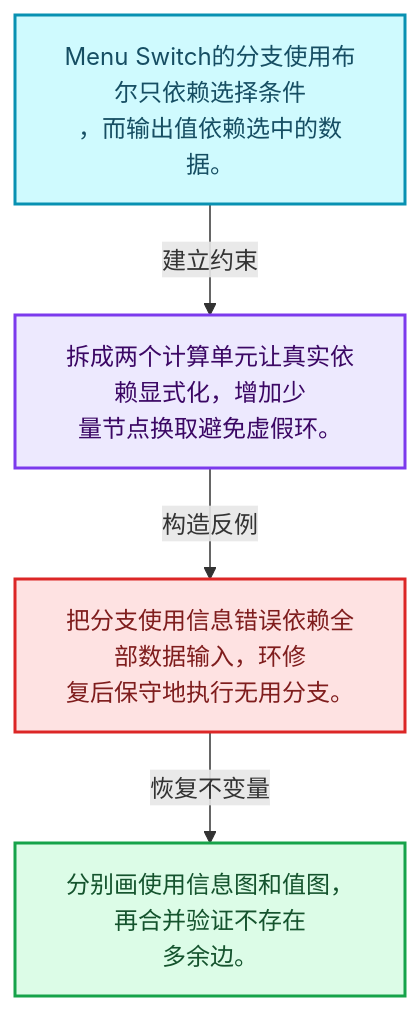
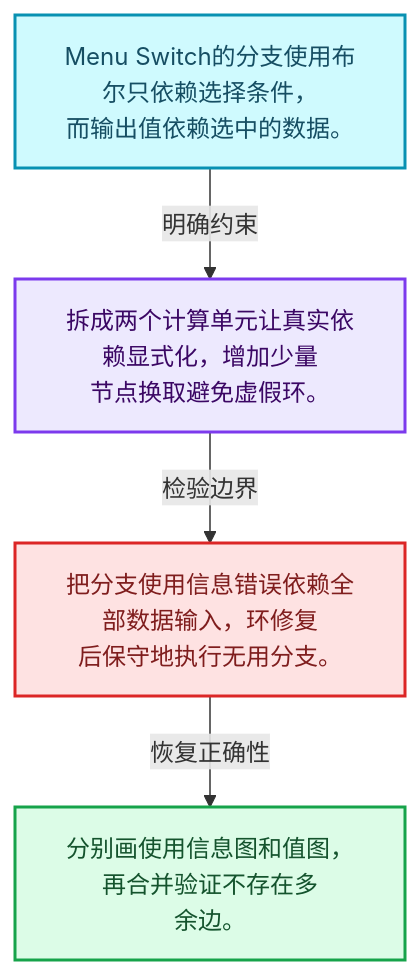
One commit to yunkezengren/blender-.vscode changed the first of 4 diagrams in 杂/markdown/全面学习-codex/09-LazyFunction与节点执行架构/11-Switch与MenuSwitch.md. Above: the diagram before and after it, drawn with Mermaid. The commit also changed other lines of this file and 1930 other files, not shown here.

````diff
--- a/杂/markdown/全面学习-codex/09-LazyFunction与节点执行架构/11-Switch与MenuSwitch.md
+++ b/杂/markdown/全面学习-codex/09-LazyFunction与节点执行架构/11-Switch与MenuSwitch.md
@@ -29,16 +29,16 @@
 ```mermaid
 flowchart TB
-  M["Menu Switch的分支使用布尔只依赖选择条件<br/>，而输出值依赖选中的数据。"]:::data
-  T["拆成两个计算单元让真实依赖显式化，增加少<br/>量节点换取避免虚假环。"]:::abstraction
-  X["把分支使用信息错误依赖全部数据输入，环修<br/>复后保守地执行无用分支。"]:::error
-  A["分别画使用信息图和值图，再合并验证不存在<br/>多余边。"]:::result
-  M -->|"建立约束"| T
-  T -->|"构造反例"| X
-  X -->|"恢复不变量"| A
+  M["Menu Switch的分支使用布尔只依赖选择条件，<br/>而输出值依赖选中的数据。"]:::data
+  C["拆成两个计算单元让真实依赖显式化，增加少量<br/>节点换取避免虚假环。"]:::abstraction
+  B["把分支使用信息错误依赖全部数据输入，环修复<br/>后保守地执行无用分支。"]:::error
+  R["分别画使用信息图和值图，再合并验证不存在多<br/>余边。"]:::result
+  M -->|"明确约束"| C
+  C -->|"检验边界"| B
+  B -->|"恢复正确性"| R
   classDef input fill:#DBEAFE,stroke:#2563EB,color:#172554,stroke-width:2px;
   classDef data fill:#CFFAFE,stroke:#0891B2,color:#164E63,stroke-width:2px;
   classDef abstraction fill:#EDE9FE,stroke:#7C3AED,color:#3B0764,stroke-width:2px;
   classDef compute fill:#FEF3C7,stroke:#D97706,color:#78350F,stroke-width:2px;
   classDef result fill:#DCFCE7,stroke:#16A34A,color:#14532D,stroke-width:2px;
   classDef error fill:#FEE2E2,stroke:#DC2626,color:#7F1D1D,stroke-width:2px;
 ```
````
